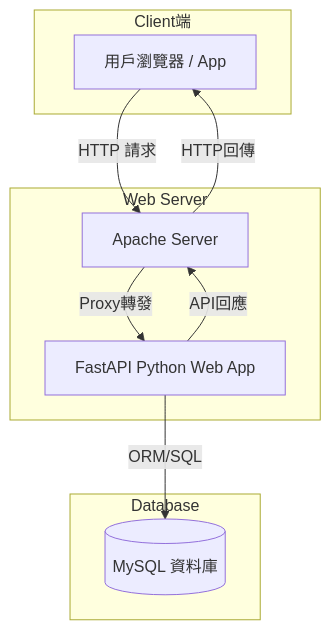
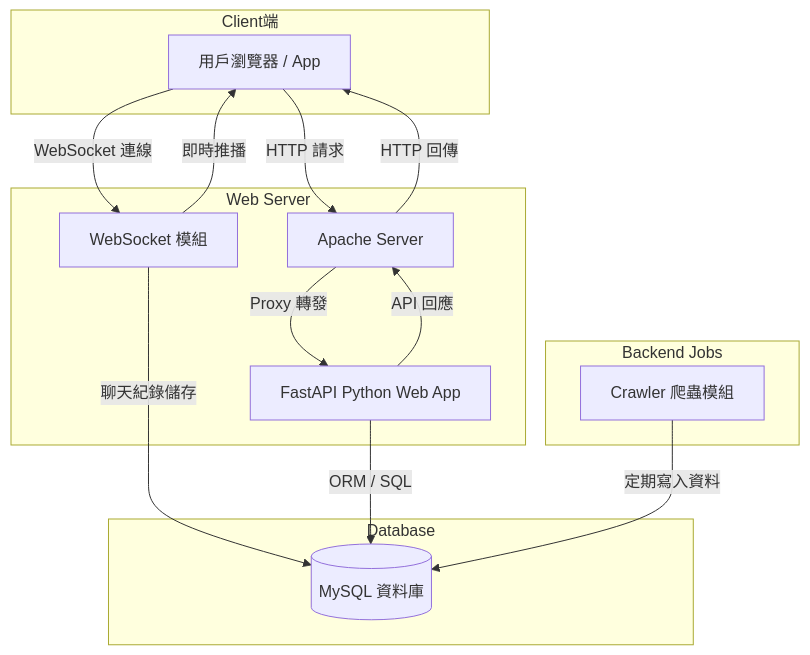
Before and after one commit to ki225/GoPal: the diagram in README.md, drawn with Mermaid. The commit also changed other lines of this file and 2 other files, not shown here.

Commit message:
update info

````diff
--- a/README.md
+++ b/README.md
@@ -25,21 +29,38 @@
 ```mermaid
 graph TD
   subgraph Client端
     A1[用戶瀏覽器 / App]
   end
 
   subgraph Web Server
     B1[Apache Server]
     B2[FastAPI Python Web App]
+    B3[WebSocket 模組]
   end
 
   subgraph Database
     C1[(MySQL 資料庫)]
   end
 
+  subgraph Backend Jobs
+    D1[Crawler 爬蟲模組]
+  end
+
+  %% HTTP 通訊流程
   A1 -->|HTTP 請求| B1
-  B1 -->|Proxy轉發| B2
-  B2 -->|ORM/SQL| C1
-  B2 -->|API回應| B1
-  B1 -->|HTTP回傳| A1
+  B1 -->|Proxy 轉發| B2
+  B2 -->|API 回應| B1
+  B1 -->|HTTP 回傳| A1
+
+  %% WebSocket 即時通訊
+  A1 -- WebSocket 連線 --> B3
+  B3 -- 即時推播 --> A1
+  B3 -->|聊天紀錄儲存| C1
+
+  %% FastAPI 與資料庫互動
+  B2 -->|ORM / SQL| C1
+
+  %% 爬蟲與資料庫互動
+  D1 -->|定期寫入資料| C1
+
 ```
````
